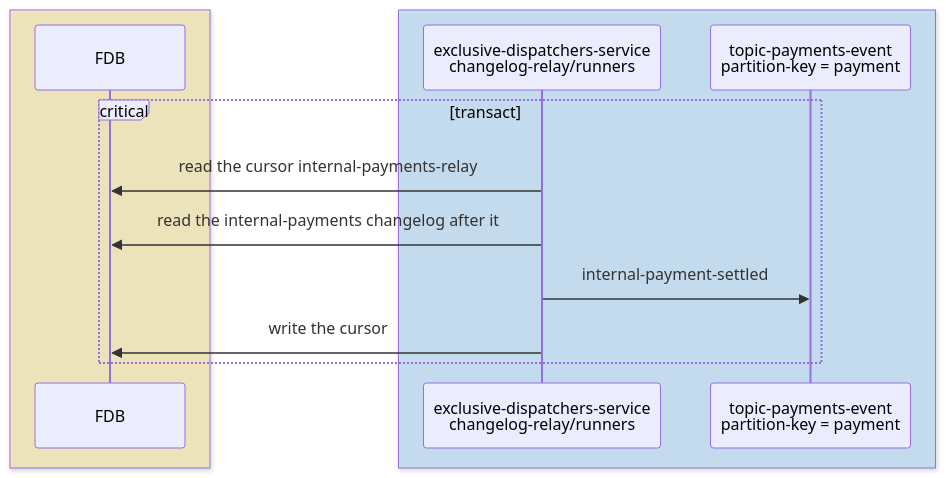
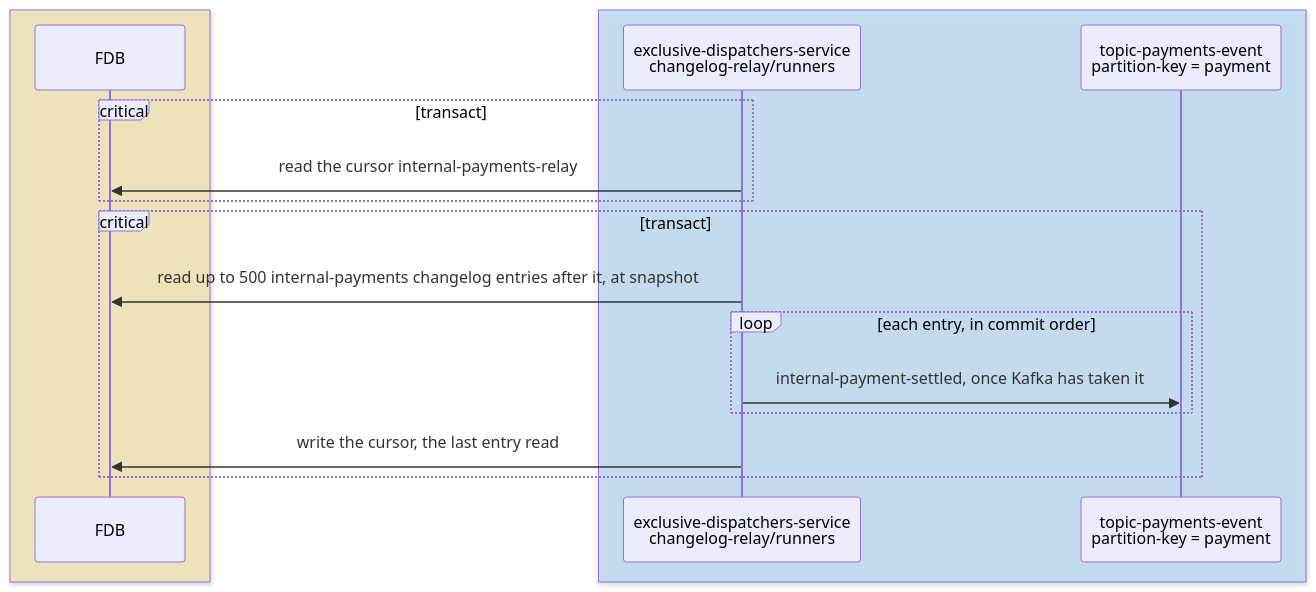
Before and after one commit to repldriven/queenswood: the third of 7 diagrams in docs/tdd/payments-internal.md, drawn with Mermaid. The commit also changed other lines of this file, not shown here.

Commit message:
Draw the relay's pass as the batch it publishes

````diff
--- a/docs/tdd/payments-internal.md
+++ b/docs/tdd/payments-internal.md
@@ -187,16 +187,20 @@
 ```mermaid
 sequenceDiagram
     box rgba(255, 236, 153, 0.5)
     participant DB as FDB
     end
     box rgba(165, 216, 255, 0.45)
     participant RR as exclusive-dispatchers-service<br/>changelog-relay/runners
     participant PE as topic-payments-event<br/>partition-key = payment
     end
     critical transact
     RR->>DB: read the cursor internal-payments-relay
-    RR->>DB: read the internal-payments changelog after it
-    RR->>PE: internal-payment-settled
-    RR->>DB: write the cursor
+    end
+    critical transact
+    RR->>DB: read up to 500 internal-payments changelog entries after it, at snapshot
+    loop each entry, in commit order
+    RR->>PE: internal-payment-settled, once Kafka has taken it
+    end
+    RR->>DB: write the cursor, the last entry read
     end
 ```
````
